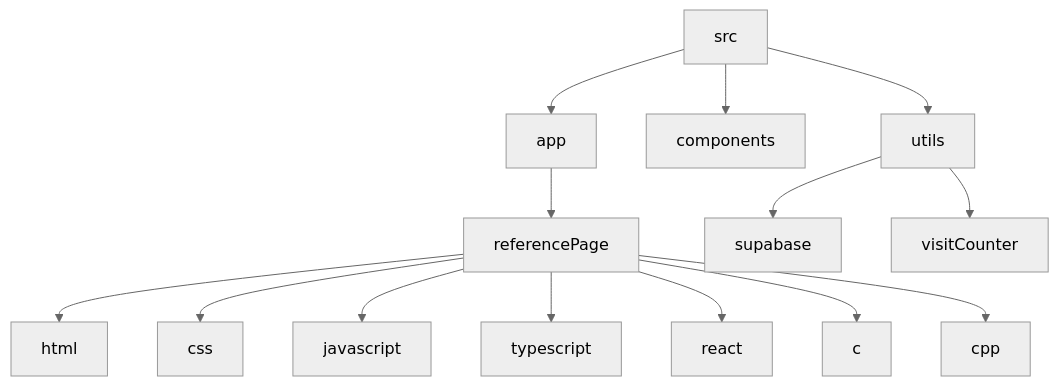
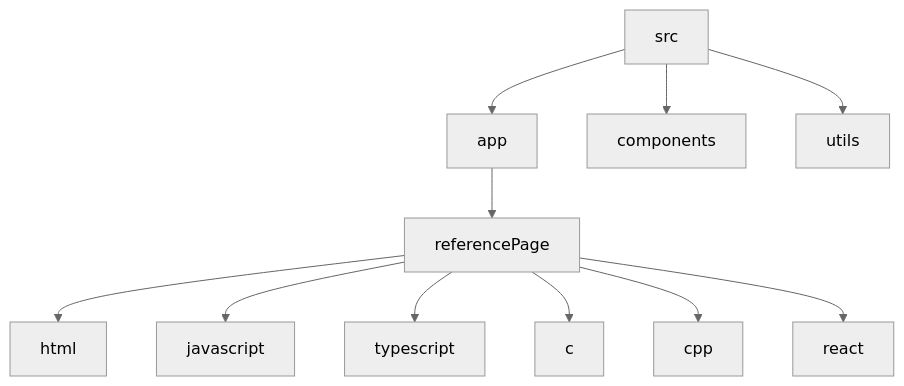
One commit to abhraneeldhar7/solo-dev changed the diagram in README.md. Above: the diagram before and after it, drawn with Mermaid (neutral theme). The commit also changed other lines of this file, not shown here.

````diff
--- a/README.md
+++ b/README.md
@@ -27,16 +26,13 @@
 ```mermaid
 graph TD;
   src-->app;
   src-->components;
   src-->utils;
   app-->referencePage;
   referencePage-->html;
-  referencePage-->css;
   referencePage-->javascript;
   referencePage-->typescript;
-  referencePage-->react;
   referencePage-->c;
   referencePage-->cpp;
-  utils-->supabase;
-  utils-->visitCounter;
+  referencePage-->react;
 ```
````
